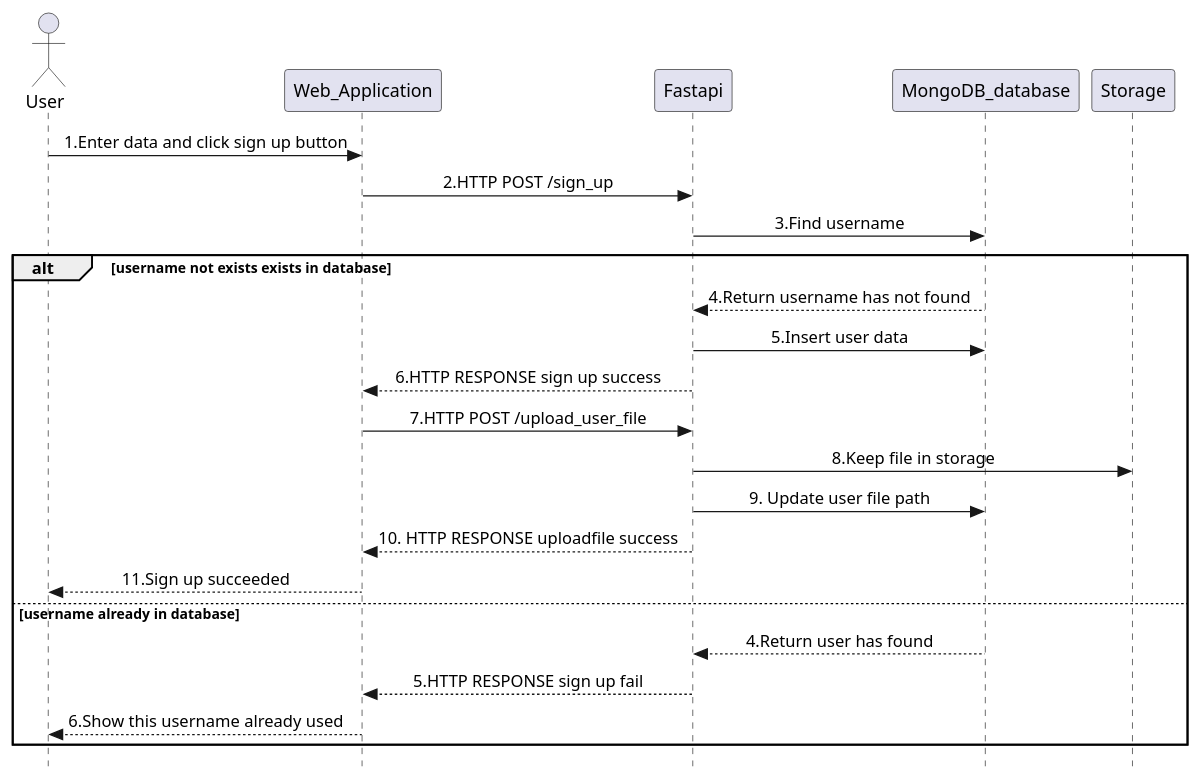
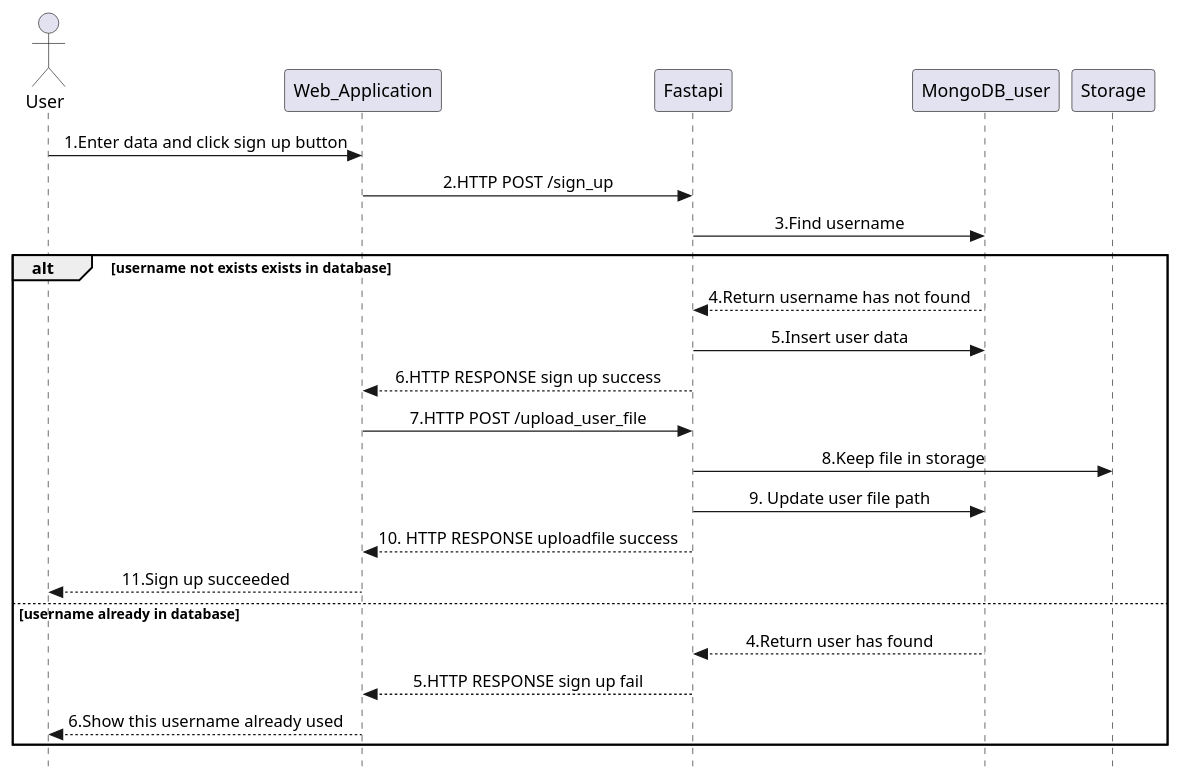
One commit to pasin2545/sequence-diagram changed the diagram in sign_up.plantuml. Above: the diagram before and after it, drawn with PlantUML. The commit also changed 19 other files, not shown here.

Commit message:
update DB in sequence diagram

```diff
--- a/sign_up.plantuml
+++ b/sign_up.plantuml
@@ -1,27 +1,27 @@
 @startuml Roof_Surface_signup
 skinparam Style strictuml
 skinparam SequenceMessageAlignment center
 actor User as user
 participant Web_Application as web_app
 participant Fastapi as fastapi
-participant MongoDB_database as base
+participant MongoDB_user as userdb
 participant Storage as storage
 user -> web_app : 1.Enter data and click sign up button
 web_app -> fastapi : 2.HTTP POST /sign_up
-fastapi -> base : 3.Find username
+fastapi -> userdb : 3.Find username
 alt username not exists exists in database 
-    base --> fastapi :4.Return username has not found
-    fastapi -> base : 5.Insert user data
+    userdb --> fastapi :4.Return username has not found
+    fastapi -> userdb : 5.Insert user data
     fastapi --> web_app : 6.HTTP RESPONSE sign up success
     web_app -> fastapi :7.HTTP POST /upload_user_file
     fastapi -> storage : 8.Keep file in storage
-    fastapi -> base : 9. Update user file path
+    fastapi -> userdb : 9. Update user file path
     fastapi --> web_app : 10. HTTP RESPONSE uploadfile success
     web_app --> user : 11.Sign up succeeded
 else username already in database
-    base --> fastapi : 4.Return user has found
+    userdb --> fastapi : 4.Return user has found
     fastapi --> web_app : 5.HTTP RESPONSE sign up fail
     web_app --> user : 6.Show this username already used
 end
 
 @enduml
```
